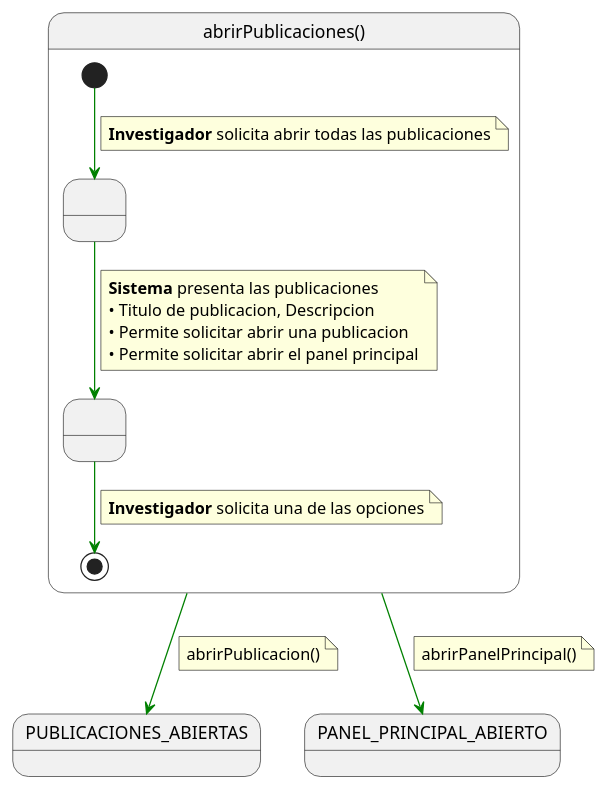
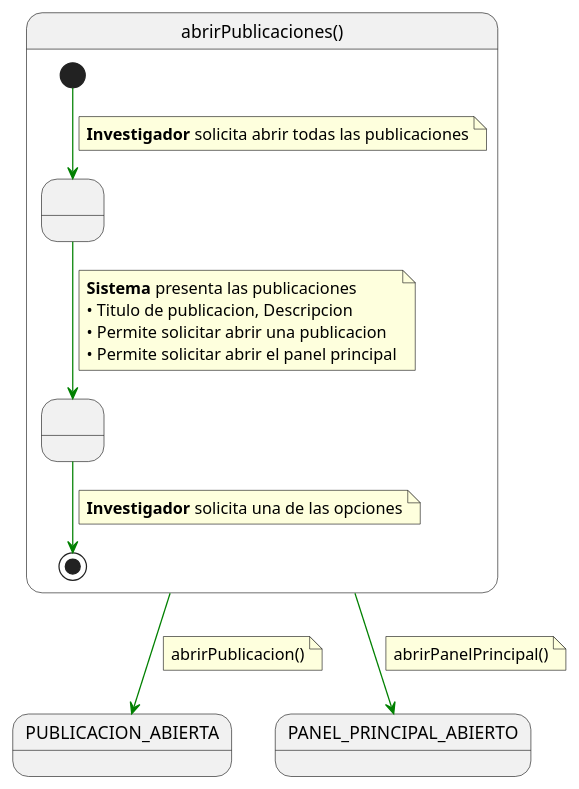
Before and after one commit to 31Diego/25-26-IdSw1-SdR: the diagram in documents/CasosDeUso/investigador/06-gestion-publicaciones/abrirPublicaciones/abrirPublicaciones.puml, drawn with PlantUML.

Commit message:
fix/estado en CdU

```diff
--- a/documents/CasosDeUso/investigador/06-gestion-publicaciones/abrirPublicaciones/abrirPublicaciones.puml
+++ b/documents/CasosDeUso/investigador/06-gestion-publicaciones/abrirPublicaciones/abrirPublicaciones.puml
@@ -1,39 +1,39 @@
 @startuml abrirPublicaciones
 
 skinparam linetype polyline
 
 state abrirPublicaciones as "abrirPublicaciones()" {
 
     state " " as MostrandoPublicaciones
     state " " as PublicacionSelecionada
 
     [*] -[#green]-> MostrandoPublicaciones 
     note on link
     <b>Investigador</b> solicita abrir todas las publicaciones
     end note    
     
     MostrandoPublicaciones -[#green]-> PublicacionSelecionada
     note on link
     <b>Sistema</b> presenta las publicaciones
     • Titulo de publicacion, Descripcion
     • Permite solicitar abrir una publicacion
     • Permite solicitar abrir el panel principal
     end note
     
     PublicacionSelecionada -[#green]-> [*]
     note on link
     <b>Investigador</b> solicita una de las opciones
     end note
 }
 
-abrirPublicaciones -[#green]-> PUBLICACIONES_ABIERTAS
+abrirPublicaciones -[#green]-> PUBLICACION_ABIERTA
 note on link
 abrirPublicacion()
 end note
 
 abrirPublicaciones -[#green]-> PANEL_PRINCIPAL_ABIERTO
 note on link
 abrirPanelPrincipal()
 end note
 
 @enduml
```
